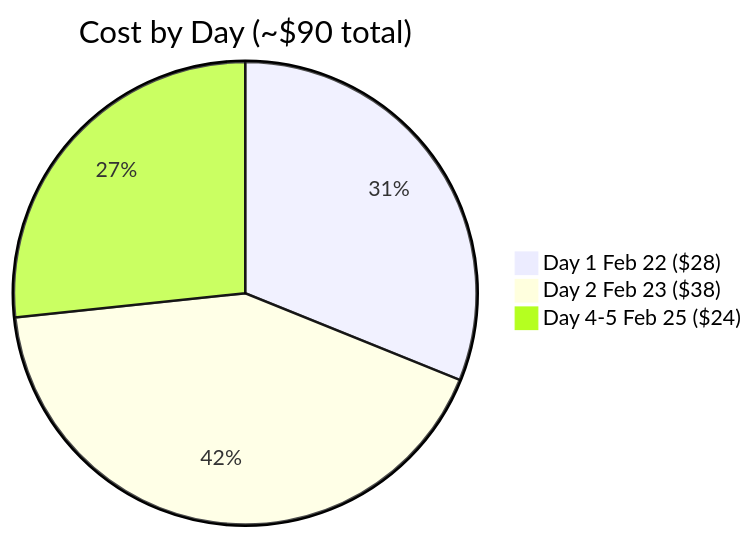
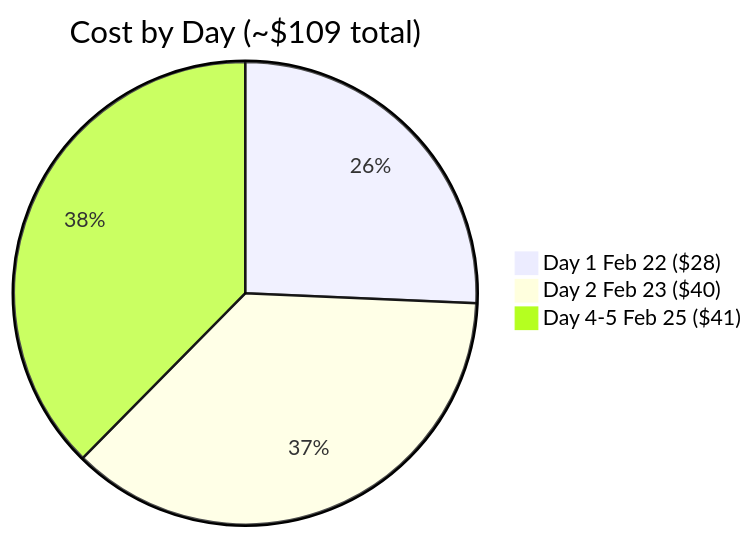
The fourth of 7 diagrams in README.md (atlantdak/claude-code-hackathon-xbo-market-kit), drawn with Mermaid before and after one commit. The commit also changed other lines of this file and 5 other files, not shown here.

````diff
--- a/README.md
+++ b/README.md
@@ -107,6 +111,6 @@
 ```mermaid
-pie title Cost by Day (~$90 total)
+pie title Cost by Day (~$109 total)
     "Day 1 Feb 22 ($28)" : 28
-    "Day 2 Feb 23 ($38)" : 38
-    "Day 4-5 Feb 25 ($24)" : 24
+    "Day 2 Feb 23 ($40)" : 40
+    "Day 4-5 Feb 25 ($41)" : 41
 ```
````
